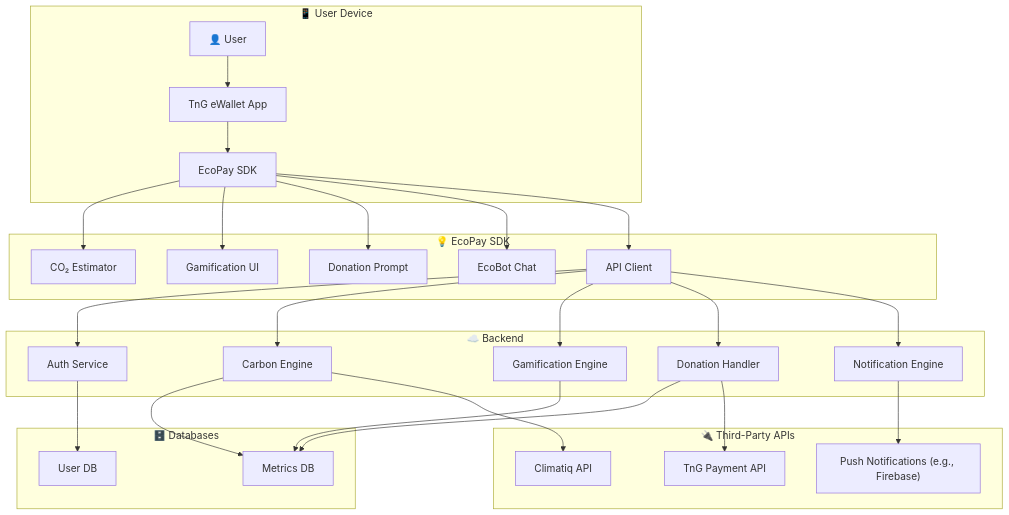
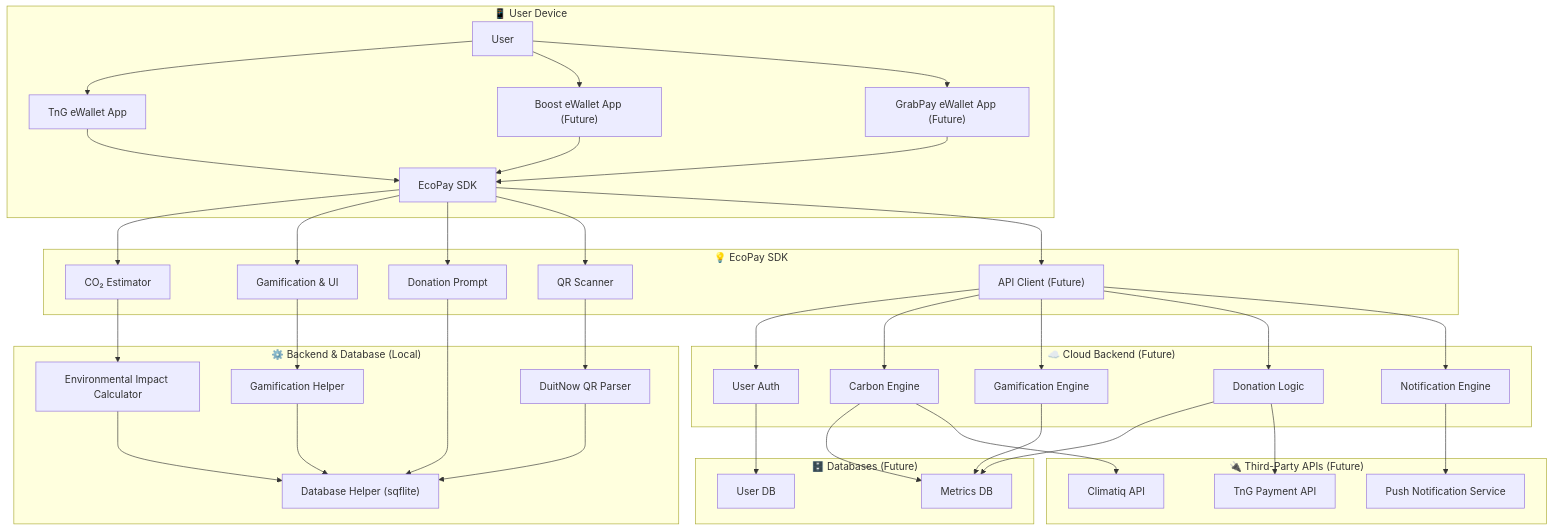
Before and after one commit to aimanzahar/ecopay: the diagram in README.md, drawn with Mermaid. The commit also changed other lines of this file and 1 other file, not shown here.

Commit message:
refactor: update architecture and README for improved clarity and structure

````diff
--- a/README.md
+++ b/README.md
@@ -52,35 +56,50 @@
 ```mermaid
-flowchart TD
-  subgraph A["📱 User Device"]
-    A1[👤 User] --> A2["TnG eWallet App"] --> A3["EcoPay SDK"]
-  end
+graph TD
+    subgraph A["📱 User Device"]
+        A1[User] --> A2["TnG eWallet App"];
+        A1 --> A2_Future_1["Boost eWallet App (Future)"];
+        A1 --> A2_Future_2["GrabPay eWallet App (Future)"];
+        A2 --> A3["EcoPay SDK"];
+        A2_Future_1 --> A3;
+        A2_Future_2 --> A3;
+    end
 
-  subgraph B["💡 EcoPay SDK"]
-    A3 --> B1["CO₂ Estimator"]
-    A3 --> B2["Gamification UI"]
-    A3 --> B3["Donation Prompt"]
-    A3 --> B4["EcoBot Chat"]
-    A3 --> B5["API Client"]
-  end
+    subgraph B["💡 EcoPay SDK"]
+        A3 --> B1["CO₂ Estimator"];
+        A3 --> B2["Gamification & UI"];
+        A3 --> B3["Donation Prompt"];
+        A3 --> B4["QR Scanner"];
+        A3 --> B5["API Client (Future)"];
+    end
 
-  subgraph C["☁️ Backend"]
-    B5 --> C1["Auth Service"]
-    B5 --> C2["Carbon Engine"]
-    B5 --> C3["Gamification Engine"]
-    B5 --> C4["Donation Handler"]
-    B5 --> C5["Notification Engine"]
-  end
+    subgraph C["⚙️ Backend & Database (Local)"]
+        B1 --> C1["Environmental Impact Calculator"];
+        B2 --> C2["Gamification Helper"];
+        B3 --> C3["Database Helper (sqflite)"];
+        B4 --> C4["DuitNow QR Parser"];
+        C1 --> C3;
+        C2 --> C3;
+        C4 --> C3;
+    end
 
-  subgraph D["🗄️ Databases"]
-    C1 --> D1["User DB"]
-    C2 --> D2["Metrics DB"]
-    C3 --> D2
-    C4 --> D2
-  end
+    subgraph D["☁️ Cloud Backend (Future)"]
+        B5 --> D1["User Auth"];
+        B5 --> D2["Carbon Engine"];
+        B5 --> D3["Gamification Engine"];
+        B5 --> D4["Donation Logic"];
+        B5 --> D5["Notification Engine"];
+    end
 
-  subgraph E["🔌 Third-Party APIs"]
-    C2 --> E1["Climatiq API"]
-    C4 --> E2["TnG Payment API"]
-    C5 --> E3["Push Notifications (e.g., Firebase)"]
-  end
+    subgraph E["🗄️ Databases (Future)"]
+        D1 --> E1["User DB"];
+        D2 --> E2["Metrics DB"];
+        D3 --> E2;
+        D4 --> E2;
+    end
+
+    subgraph F["🔌 Third-Party APIs (Future)"]
+        D2 --> F1["Climatiq API"];
+        D4 --> F2["TnG Payment API"];
+        D5 --> F3["Push Notification Service"];
+    end
 ```
````
